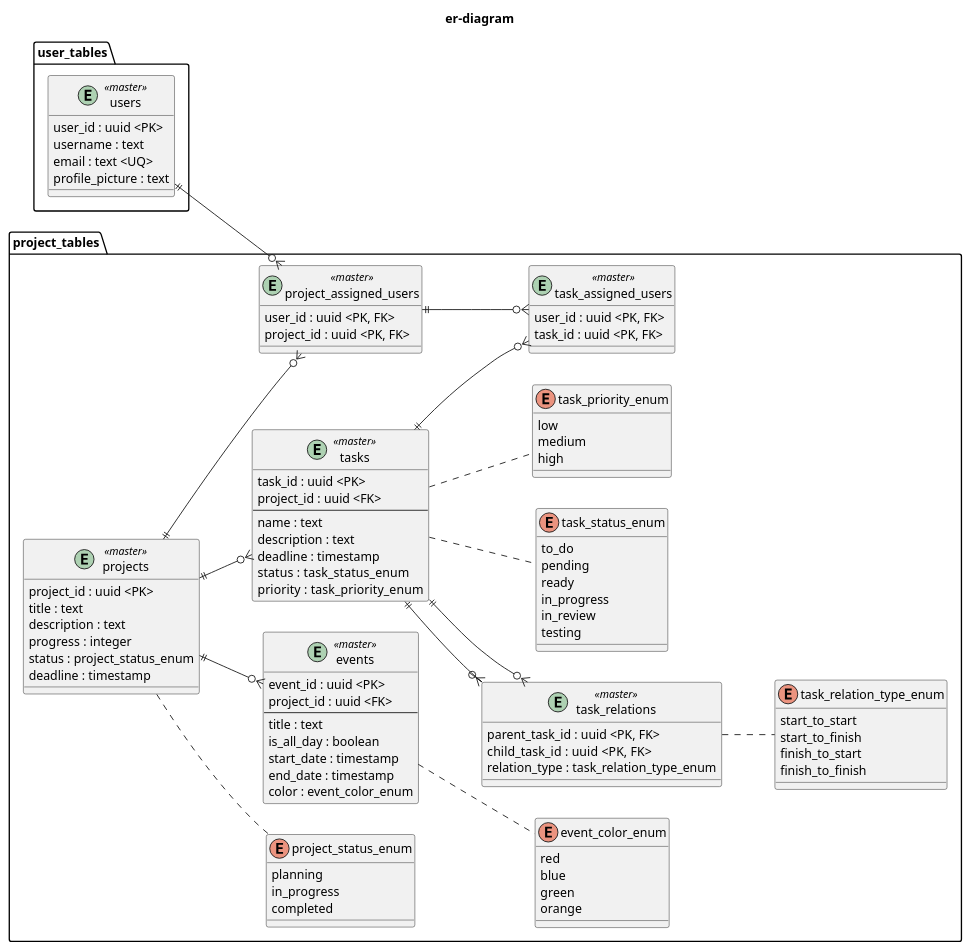
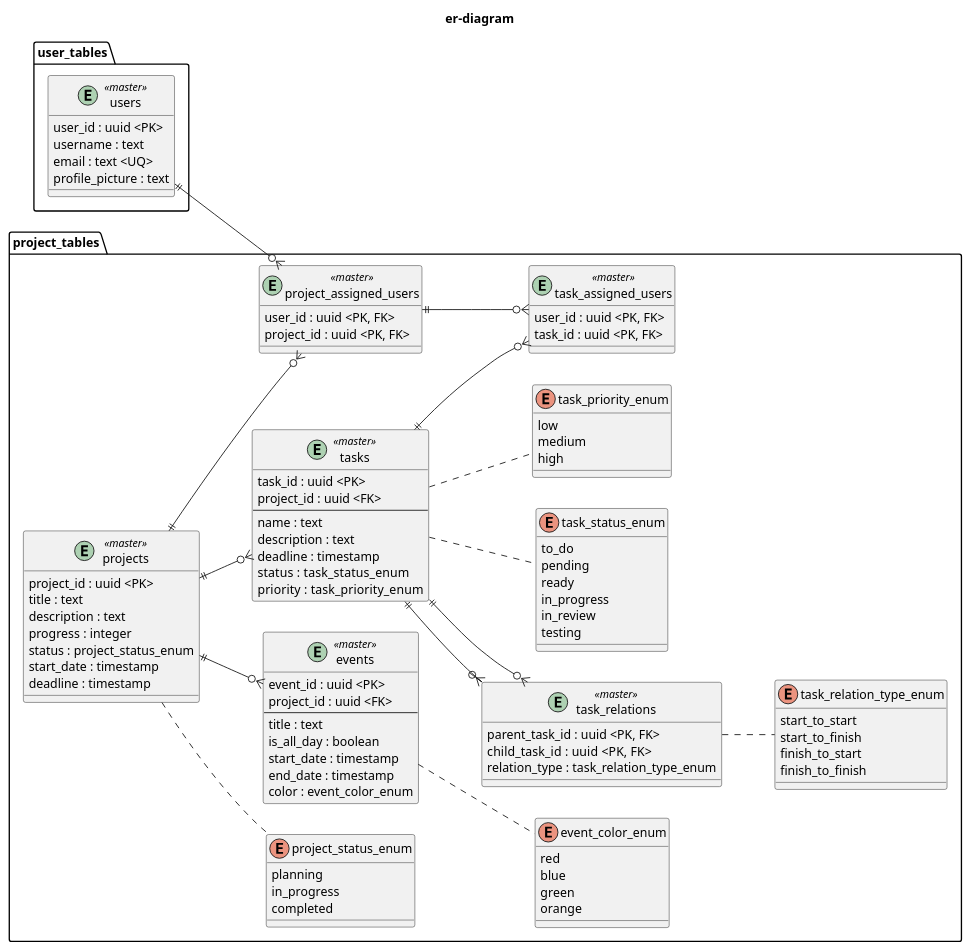
One commit to KaungSetLinn/FlowMatic changed the diagram in doc/backend/er-diagram/er-diagram.pu. Above: the diagram before and after it, drawn with PlantUML.

Commit message:
#16 PR対応

```diff
--- a/doc/backend/er-diagram/er-diagram.pu
+++ b/doc/backend/er-diagram/er-diagram.pu
@@ -1,105 +1,106 @@
 @startuml er-diagram
 
 left to right direction
 
 title er-diagram
 
 package user_tables {
     entity users <<master>>{
     user_id : uuid <PK>
     username : text
     email : text <UQ>
     profile_picture : text
     }
 }
 
 package project_tables {
     entity projects <<master>>{
         project_id : uuid <PK>
         title : text
         description : text
         progress : integer
         status : project_status_enum
+        start_date : timestamp
         deadline : timestamp
     }
     enum project_status_enum {
         planning
         in_progress
         completed
     }
     entity project_assigned_users <<master>>{
         user_id : uuid <PK, FK>
         project_id : uuid <PK, FK>
     }
     entity tasks <<master>>{
         task_id : uuid <PK>
         project_id : uuid <FK>
         ---
         name : text
         description : text
         deadline : timestamp
         status :  task_status_enum
         priority :  task_priority_enum
     }
     enum  task_status_enum {
         to_do
         pending
         ready
         in_progress
         in_review
         testing
     }
     enum  task_priority_enum {
         low
         medium
         high
     }
     entity task_assigned_users <<master>>{
         user_id : uuid <PK, FK>
         task_id : uuid <PK, FK>
     }
     entity task_relations <<master>>{
         parent_task_id : uuid <PK, FK>
         child_task_id  : uuid <PK, FK>
         relation_type : task_relation_type_enum
     }
     enum task_relation_type_enum {
         start_to_start
         start_to_finish
         finish_to_start
         finish_to_finish
     }
     entity events <<master>>{
         event_id : uuid <PK>
         project_id : uuid <FK>
         ---
         title : text
         is_all_day : boolean
         start_date : timestamp
         end_date : timestamp
         color : event_color_enum
     }
     enum event_color_enum {
         red
         blue
         green
         orange
     }
 
     projects ||--o{ project_assigned_users
     project_assigned_users ||--o{ task_assigned_users
     projects ||--o{ tasks
     tasks ||--o{ task_relations
     tasks ||--o{ task_relations
     task_relations .. task_relation_type_enum
     tasks ..  task_priority_enum
     tasks ..  task_status_enum
     tasks ||--o{ task_assigned_users
     projects .. project_status_enum
     projects ||--o{ events
     events .. event_color_enum
 }
 
 users ||--o{ project_assigned_users
 
 @enduml
```
